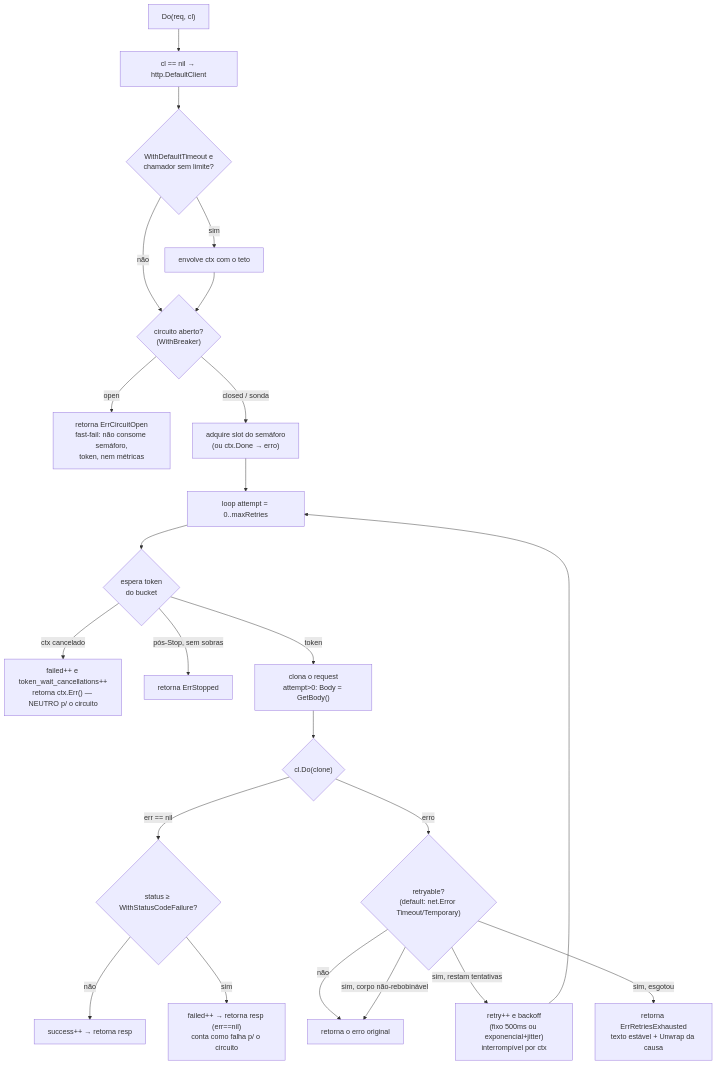
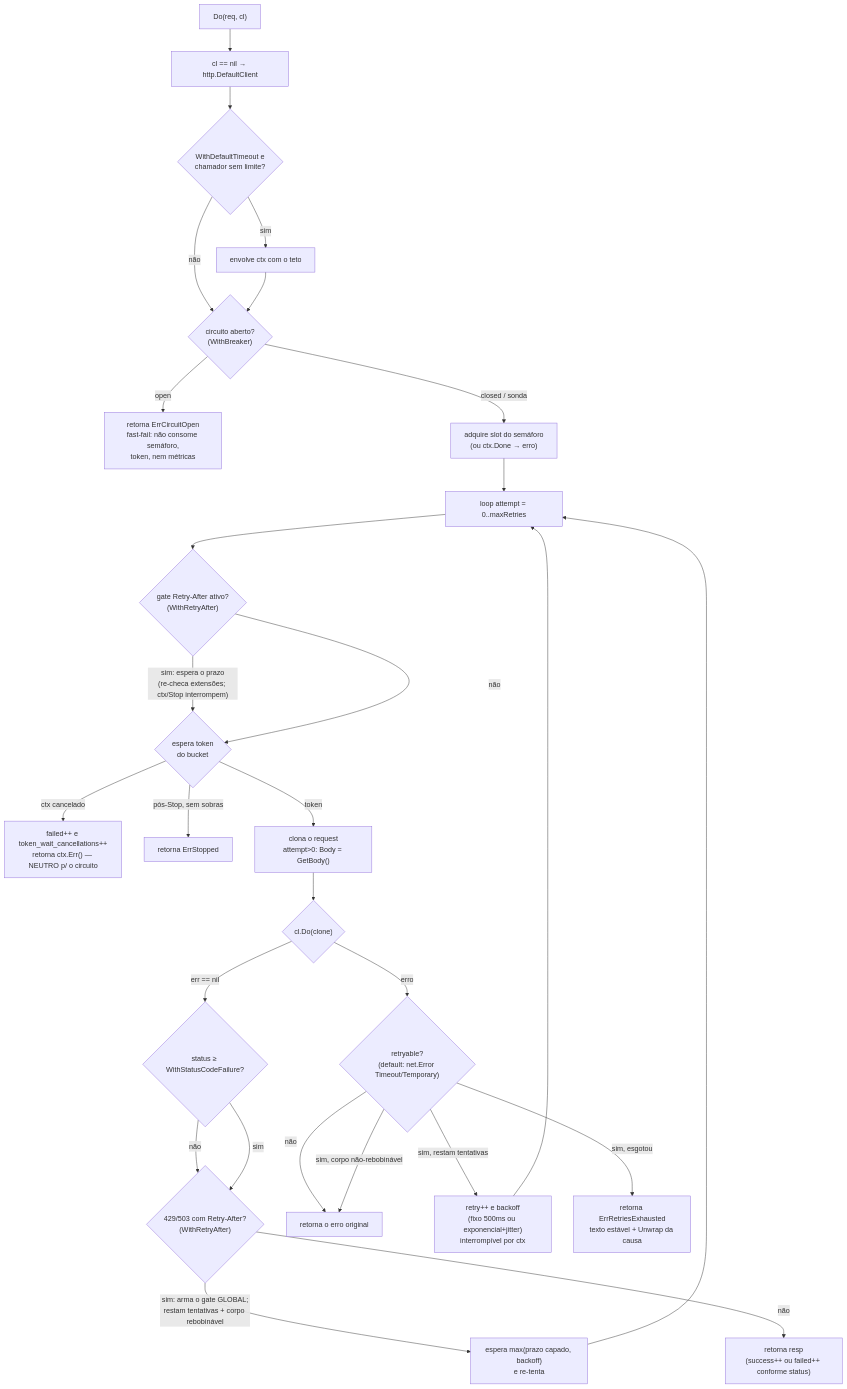
The second of 4 diagrams in README.md (diegoyosiura/circuit-breaker), drawn with Mermaid before and after one commit. The commit also changed other lines of this file, not shown here.

Commit message:
docs(readme): diagrama do Do() reflete o gate Retry-After e o retry pós-429; métrica de cancelamento cobre o gate

````diff
--- a/README.md
+++ b/README.md
@@ -106,25 +106,31 @@
 ```mermaid
 flowchart TB
     A["Do(req, cl)"] --> B["cl == nil → http.DefaultClient"]
     B --> C{"WithDefaultTimeout e<br/>chamador sem limite?"}
     C -- sim --> D["envolve ctx com o teto"]
     C -- não --> E
     D --> E{"circuito aberto?<br/>(WithBreaker)"}
     E -- "open" --> F["retorna ErrCircuitOpen<br/>fast-fail: não consome semáforo,<br/>token, nem métricas"]
     E -- "closed / sonda" --> G["adquire slot do semáforo<br/>(ou ctx.Done → erro)"]
     G --> H["loop attempt = 0..maxRetries"]
-    H --> I{"espera token<br/>do bucket"}
+    H --> GA{"gate Retry-After ativo?<br/>(WithRetryAfter)"}
+    GA -- "sim: espera o prazo<br/>(re-checa extensões; ctx/Stop interrompem)" --> I
+    GA -- não --> I
+    I{"espera token<br/>do bucket"}
     I -- "ctx cancelado" --> J["failed++ e token_wait_cancellations++<br/>retorna ctx.Err() — NEUTRO p/ o circuito"]
     I -- "pós-Stop, sem sobras" --> K["retorna ErrStopped"]
     I -- token --> L["clona o request<br/>attempt>0: Body = GetBody()"]
     L --> M{"cl.Do(clone)"}
     M -- "err == nil" --> N{"status ≥ WithStatusCodeFailure?"}
-    N -- não --> O["success++ → retorna resp"]
-    N -- sim --> P["failed++ → retorna resp (err==nil)<br/>conta como falha p/ o circuito"]
+    N -- não --> RA
+    N -- sim --> RA{"429/503 com Retry-After?<br/>(WithRetryAfter)"}
+    RA -- "sim: arma o gate GLOBAL;<br/>restam tentativas + corpo rebobinável" --> RB["espera max(prazo capado, backoff)<br/>e re-tenta"]
+    RB --> H
+    RA -- não --> O["retorna resp<br/>(success++ ou failed++ conforme status)"]
     M -- erro --> Q{"retryable?<br/>(default: net.Error Timeout/Temporary)"}
     Q -- não --> R["retorna o erro original"]
     Q -- "sim, corpo não-rebobinável" --> R
     Q -- "sim, restam tentativas" --> S["retry++ e backoff<br/>(fixo 500ms ou exponencial+jitter)<br/>interrompível por ctx"]
     S --> H
     Q -- "sim, esgotou" --> T["retorna ErrRetriesExhausted<br/>texto estável + Unwrap da causa"]
 ```
````
